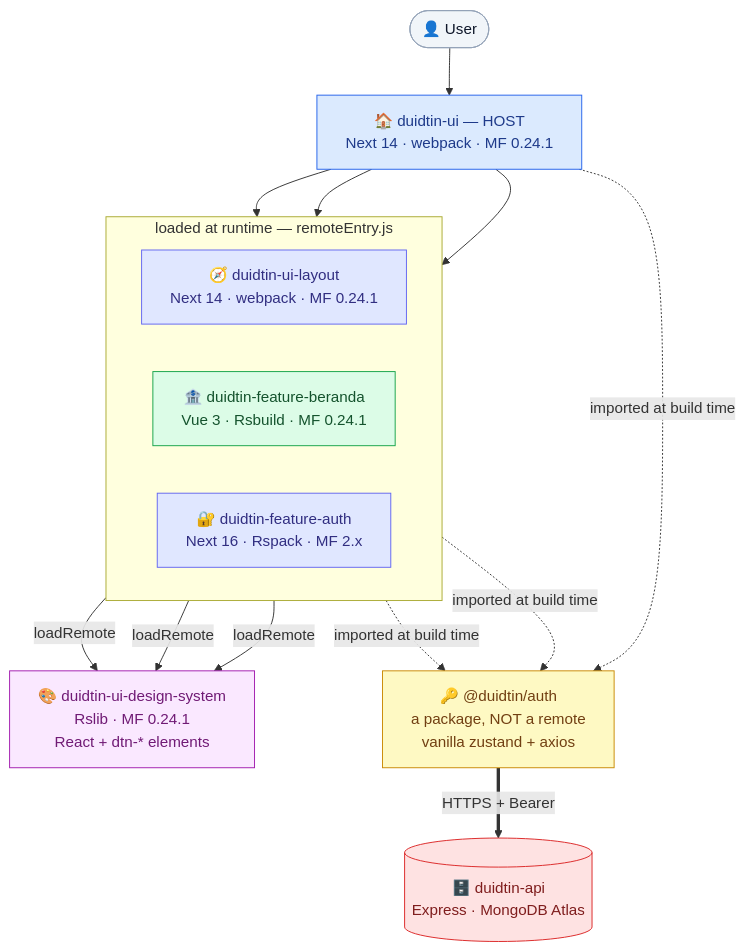
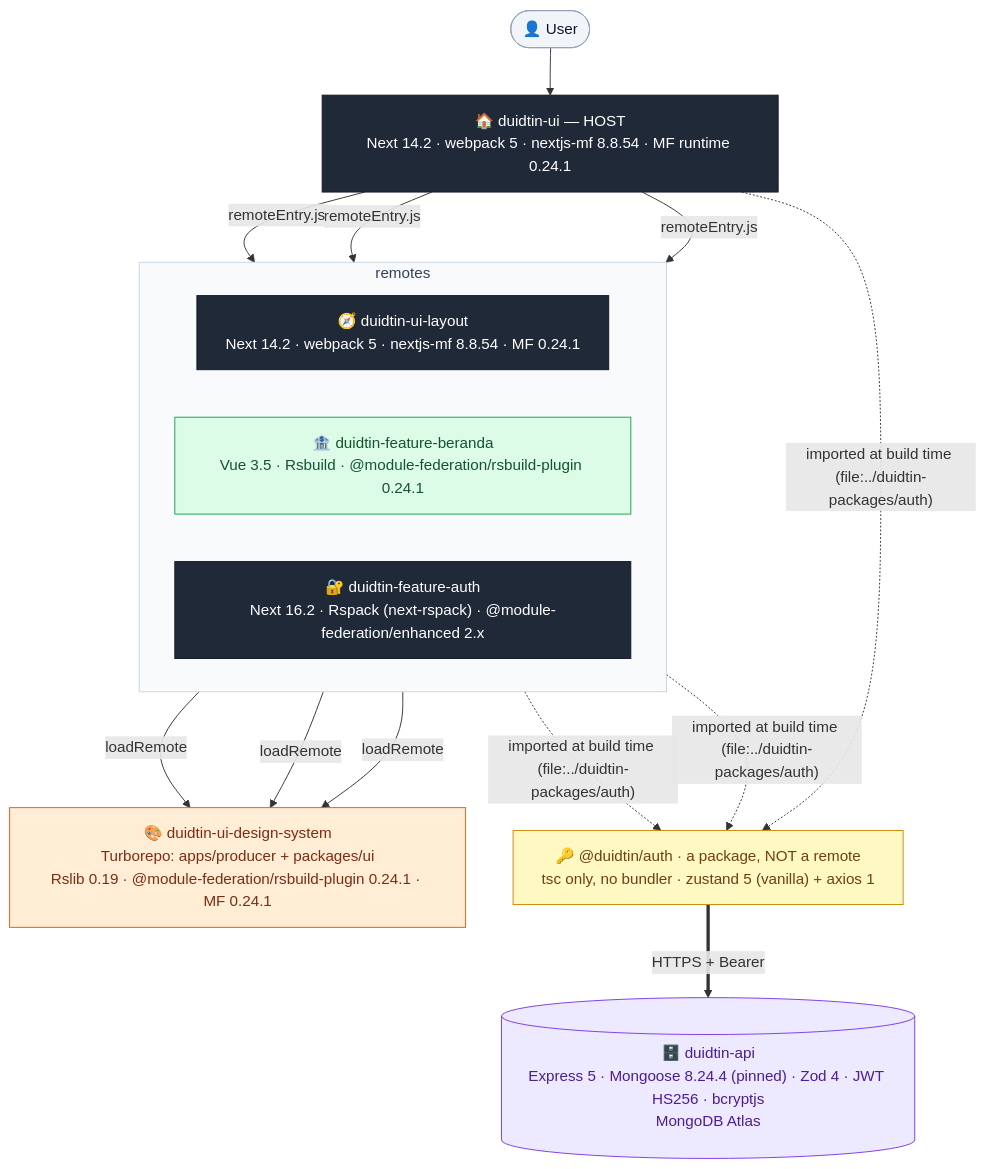
The diagram in README.md (AnggaWikaNugraha/super-apps-microfrontend-duidtin), drawn with Mermaid before and after one commit. The commit also changed other lines of this file and 1 other file, not shown here.

````diff
--- a/README.md
+++ b/README.md
@@ -281,40 +281,40 @@
 ```mermaid
-%%{init: {'flowchart': {'wrappingWidth': 280}}}%%
+%%{init: {'flowchart': {'wrappingWidth': 420}}}%%
 flowchart TD
   U(["👤 User"]) --> H
 
-  H["🏠 duidtin-ui — HOST<br/>Next 14 · webpack · MF 0.24.1"]
+  H["🏠 duidtin-ui — HOST<br/>Next 14.2 · webpack 5 · nextjs-mf 8.8.54 · MF runtime 0.24.1"]
 
-  subgraph RUNTIME ["loaded at runtime — remoteEntry.js"]
+  subgraph RUNTIME ["remotes"]
     direction LR
-    L["🧭 duidtin-ui-layout<br/>Next 14 · webpack · MF 0.24.1"]
-    B["🏦 duidtin-feature-beranda<br/>Vue 3 · Rsbuild · MF 0.24.1"]
-    A["🔐 duidtin-feature-auth<br/>Next 16 · Rspack · MF 2.x"]
+    L["🧭 duidtin-ui-layout<br/>Next 14.2 · webpack 5 · nextjs-mf 8.8.54 · MF 0.24.1"]
+    B["🏦 duidtin-feature-beranda<br/>Vue 3.5 · Rsbuild · @module-federation/rsbuild-plugin 0.24.1"]
+    A["🔐 duidtin-feature-auth<br/>Next 16.2 · Rspack (next-rspack) · @module-federation/enhanced 2.x"]
   end
 
-  H --> L
-  H --> B
-  H --> A
+  H -- "remoteEntry.js" --> L
+  H -- "remoteEntry.js" --> B
+  H -- "remoteEntry.js" --> A
 
-  L & B & A -- "loadRemote" --> DS["🎨 duidtin-ui-design-system<br/>Rslib · MF 0.24.1<br/>React + dtn-* elements"]
+  L & B & A -- "loadRemote" --> DS["🎨 duidtin-ui-design-system<br/>Turborepo: apps/producer + packages/ui<br/>Rslib 0.19 · @module-federation/rsbuild-plugin 0.24.1 · MF 0.24.1"]
 
-  H & B & A -. "imported at build time" .-> P["🔑 @duidtin/auth<br/>a package, NOT a remote<br/>vanilla zustand + axios"]
+  H & B & A -. "imported at build time (file:../duidtin-packages/auth)" .-> P["🔑 @duidtin/auth · a package, NOT a remote<br/>tsc only, no bundler · zustand 5 (vanilla) + axios 1"]
 
-  P == "HTTPS + Bearer" ==> API[("🗄️ duidtin-api<br/>Express · MongoDB Atlas")]
+  P == "HTTPS + Bearer" ==> API[("🗄️ duidtin-api<br/>Express 5 · Mongoose 8.24.4 (pinned) · Zod 4 · JWT HS256 · bcryptjs<br/>MongoDB Atlas")]
 
   classDef user fill:#f1f5f9,stroke:#94a3b8,color:#0f172a
-  classDef host fill:#dbeafe,stroke:#2563eb,color:#1e3a8a
-  classDef react fill:#e0e7ff,stroke:#6366f1,color:#312e81
+  classDef next fill:#1f2937,stroke:#111827,color:#ffffff
+  classDef rs fill:#ffedd5,stroke:#ea580c,color:#7c2d12
   classDef vue fill:#dcfce7,stroke:#16a34a,color:#14532d
-  classDef ds fill:#fae8ff,stroke:#a21caf,color:#701a75
   classDef pkg fill:#fef9c3,stroke:#ca8a04,color:#713f12
-  classDef backend fill:#fee2e2,stroke:#dc2626,color:#7f1d1d
+  classDef backend fill:#ede9fe,stroke:#7c3aed,color:#4c1d95
 
   class U user
-  class H host
-  class L,A react
+  class H,L,A next
+  class DS rs
   class B vue
-  class DS ds
   class P pkg
   class API backend
+
+  style RUNTIME fill:#f8fafc,stroke:#cbd5e1,color:#334155
 ```
````
